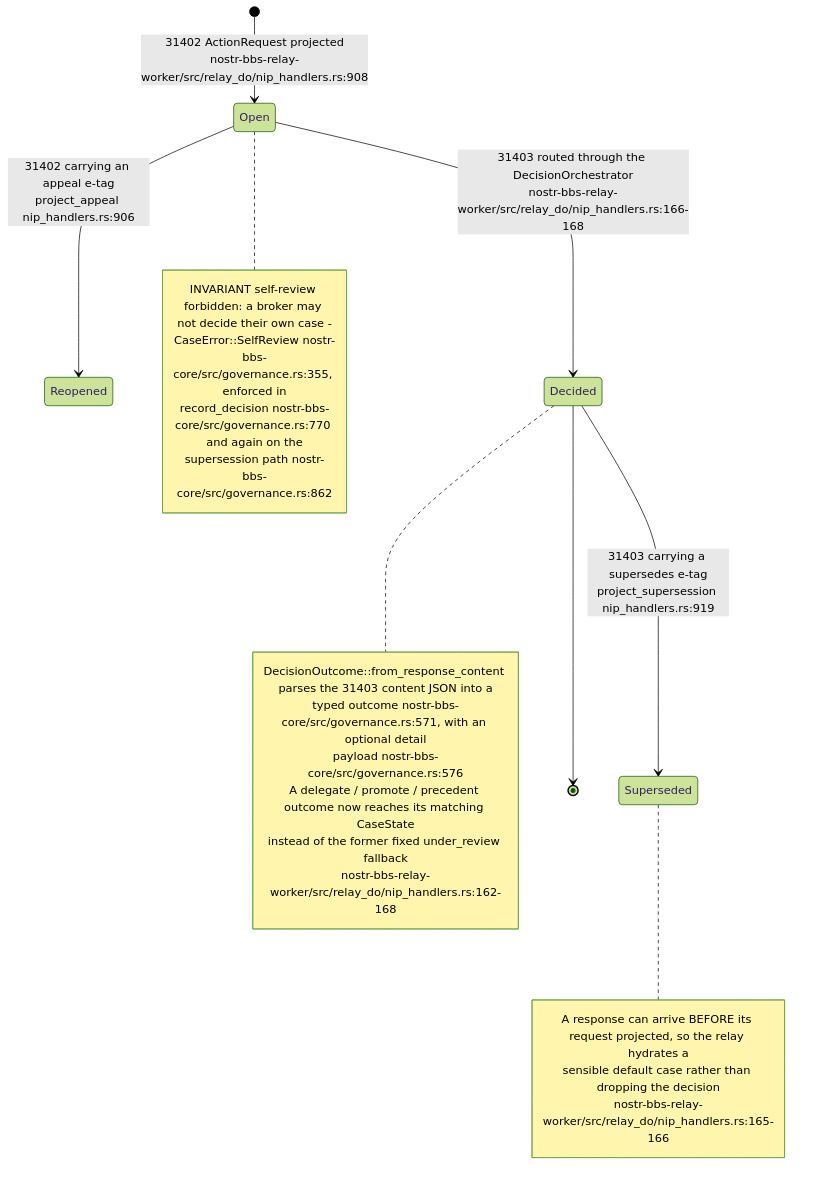
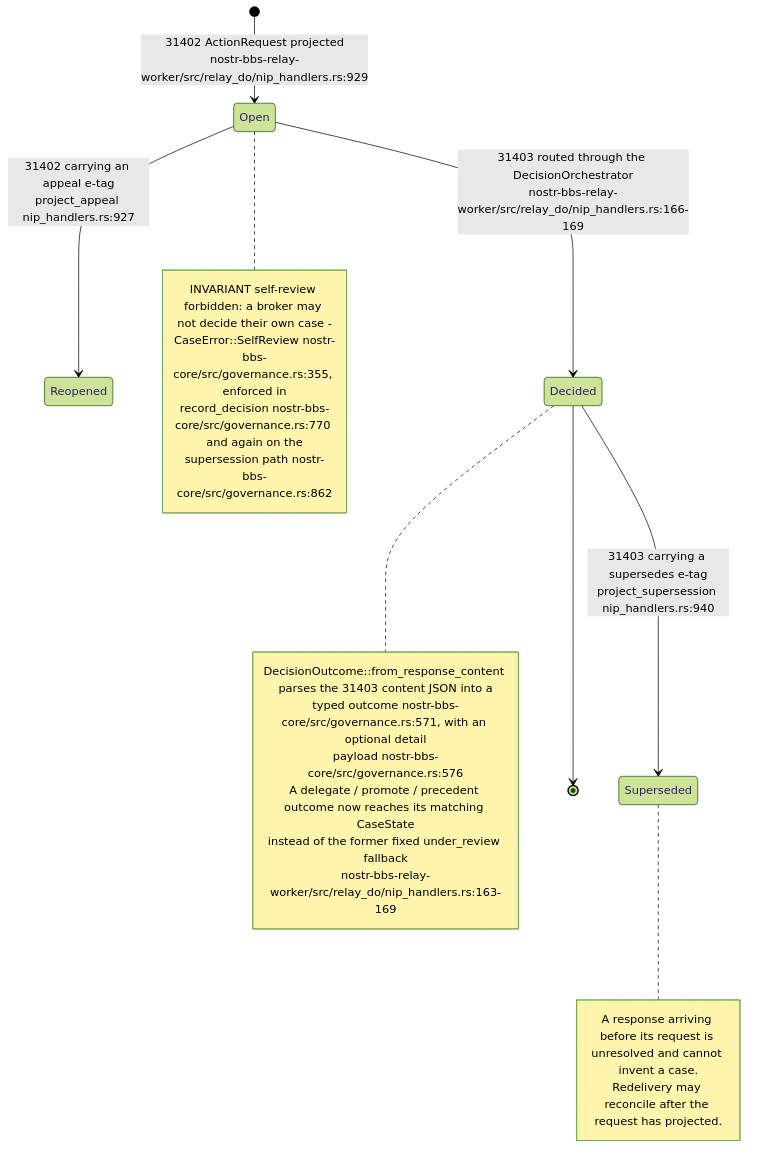
One commit to DreamLab-AI/VisionFlow changed the sixth of 11 diagrams in docs/diagrams/nostr-rust-forum/06-agent-control-surface-31400-31405.md. Above: the diagram before and after it, drawn with Mermaid (forest theme). The commit also changed other lines of this file and 52 other files, not shown here.

First line of the commit message:
docs(diagrams): wave 3 checkpoint — bare line refs resolved, revision-pinned cite-check, VC-05/AB-01..13 re-attested

````diff
--- a/docs/diagrams/nostr-rust-forum/06-agent-control-surface-31400-31405.md
+++ b/docs/diagrams/nostr-rust-forum/06-agent-control-surface-31400-31405.md
@@ -164,28 +164,27 @@
 ```mermaid
 stateDiagram-v2
-    [*] --> Open: 31402 ActionRequest projected<br/>nostr-bbs-relay-worker/src/relay_do/nip_handlers.rs:908
-    Open --> Reopened: 31402 carrying an appeal e-tag<br/>project_appeal nip_handlers.rs:906
-    Open --> Decided: 31403 routed through the DecisionOrchestrator<br/>nostr-bbs-relay-worker/src/relay_do/nip_handlers.rs:166-168
-    Decided --> Superseded: 31403 carrying a supersedes e-tag<br/>project_supersession nip_handlers.rs:919
+    [*] --> Open: 31402 ActionRequest projected<br/>nostr-bbs-relay-worker/src/relay_do/nip_handlers.rs:929
+    Open --> Reopened: 31402 carrying an appeal e-tag<br/>project_appeal nip_handlers.rs:927
+    Open --> Decided: 31403 routed through the DecisionOrchestrator<br/>nostr-bbs-relay-worker/src/relay_do/nip_handlers.rs:166-169
+    Decided --> Superseded: 31403 carrying a supersedes e-tag<br/>project_supersession nip_handlers.rs:940
     Decided --> [*]
 
     note right of Decided
         DecisionOutcome::from_response_content parses the 31403 content JSON into a
         typed outcome nostr-bbs-core/src/governance.rs:571, with an optional detail
         payload nostr-bbs-core/src/governance.rs:576
         A delegate / promote / precedent outcome now reaches its matching CaseState
         instead of the former fixed under_review fallback
-        nostr-bbs-relay-worker/src/relay_do/nip_handlers.rs:162-168
+        nostr-bbs-relay-worker/src/relay_do/nip_handlers.rs:163-169
     end note
     note right of Open
         INVARIANT self-review forbidden: a broker may not decide their own case -
         CaseError::SelfReview nostr-bbs-core/src/governance.rs:355, enforced in
         record_decision nostr-bbs-core/src/governance.rs:770 and again on the
         supersession path nostr-bbs-core/src/governance.rs:862
     end note
     note right of Superseded
-        A response can arrive BEFORE its request projected, so the relay hydrates a
-        sensible default case rather than dropping the decision
-        nostr-bbs-relay-worker/src/relay_do/nip_handlers.rs:165-166
+        A response arriving before its request is unresolved and cannot invent a case.
+        Redelivery may reconcile after the request has projected.
     end note
 ```
````
